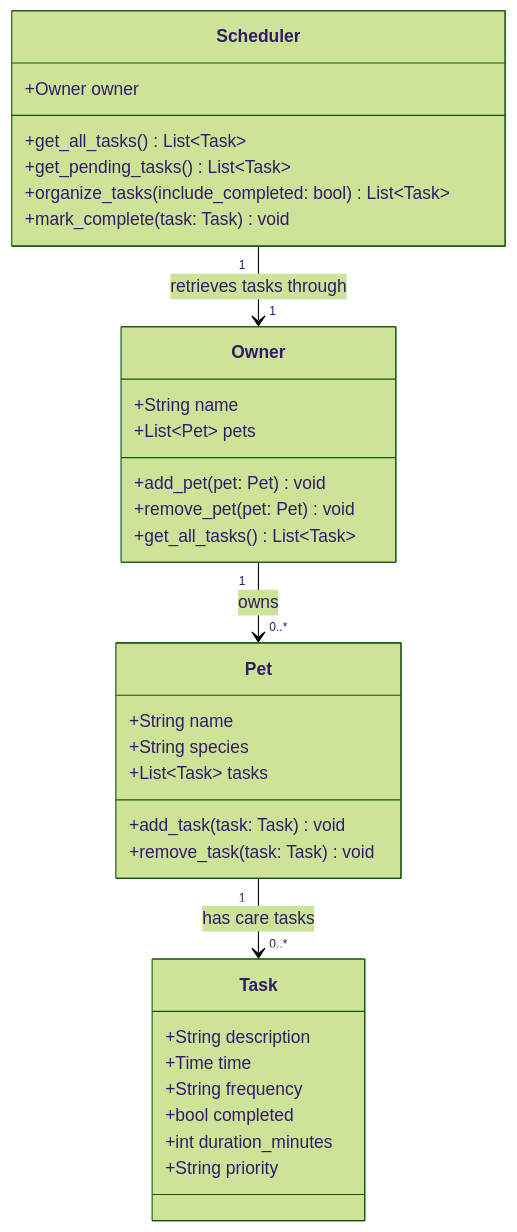
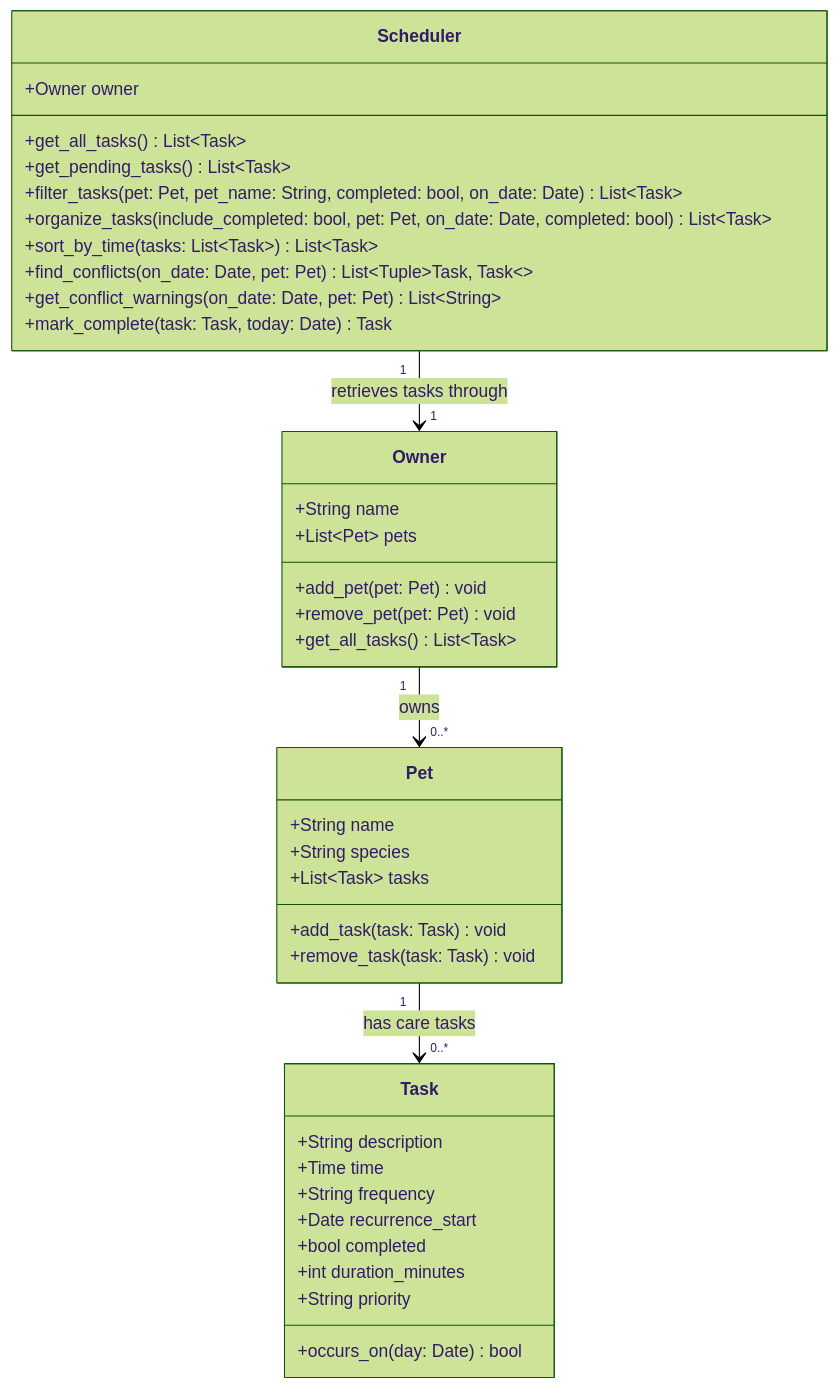
One commit to zloy-bobr/ai110-module2show-pawpal-starter changed the diagram in diagrams/uml.mmd. Above: the diagram before and after it, drawn with Mermaid (forest theme). The commit also changed 6 other files, not shown here.

```diff
--- a/diagrams/uml.mmd
+++ b/diagrams/uml.mmd
@@ -1,37 +1,43 @@
 classDiagram
     class Task {
         +String description
         +Time time
         +String frequency
+        +Date recurrence_start
         +bool completed
         +int duration_minutes
         +String priority
+        +occurs_on(day: Date) bool
     }
 
     class Pet {
         +String name
         +String species
         +List~Task~ tasks
         +add_task(task: Task) void
         +remove_task(task: Task) void
     }
 
     class Owner {
         +String name
         +List~Pet~ pets
         +add_pet(pet: Pet) void
         +remove_pet(pet: Pet) void
         +get_all_tasks() List~Task~
     }
 
     class Scheduler {
         +Owner owner
         +get_all_tasks() List~Task~
         +get_pending_tasks() List~Task~
-        +organize_tasks(include_completed: bool) List~Task~
-        +mark_complete(task: Task) void
+        +filter_tasks(pet: Pet, pet_name: String, completed: bool, on_date: Date) List~Task~
+        +organize_tasks(include_completed: bool, pet: Pet, on_date: Date, completed: bool) List~Task~
+        +sort_by_time(tasks: List~Task~) List~Task~
+        +find_conflicts(on_date: Date, pet: Pet) List~Tuple~Task, Task~~
+        +get_conflict_warnings(on_date: Date, pet: Pet) List~String~
+        +mark_complete(task: Task, today: Date) Task
     }
 
     Owner "1" --> "0..*" Pet : owns
     Pet "1" --> "0..*" Task : has care tasks
     Scheduler "1" --> "1" Owner : retrieves tasks through
```
